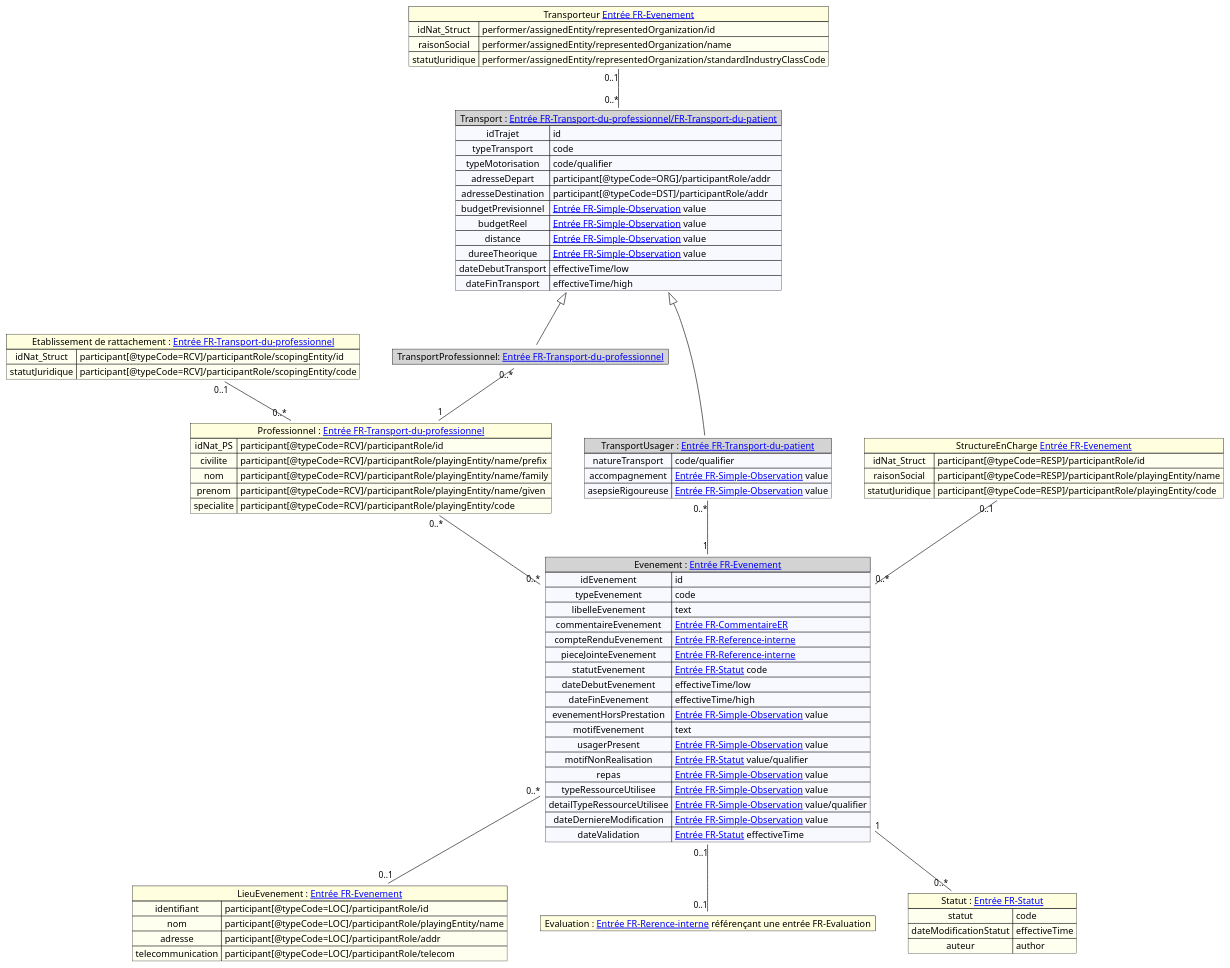
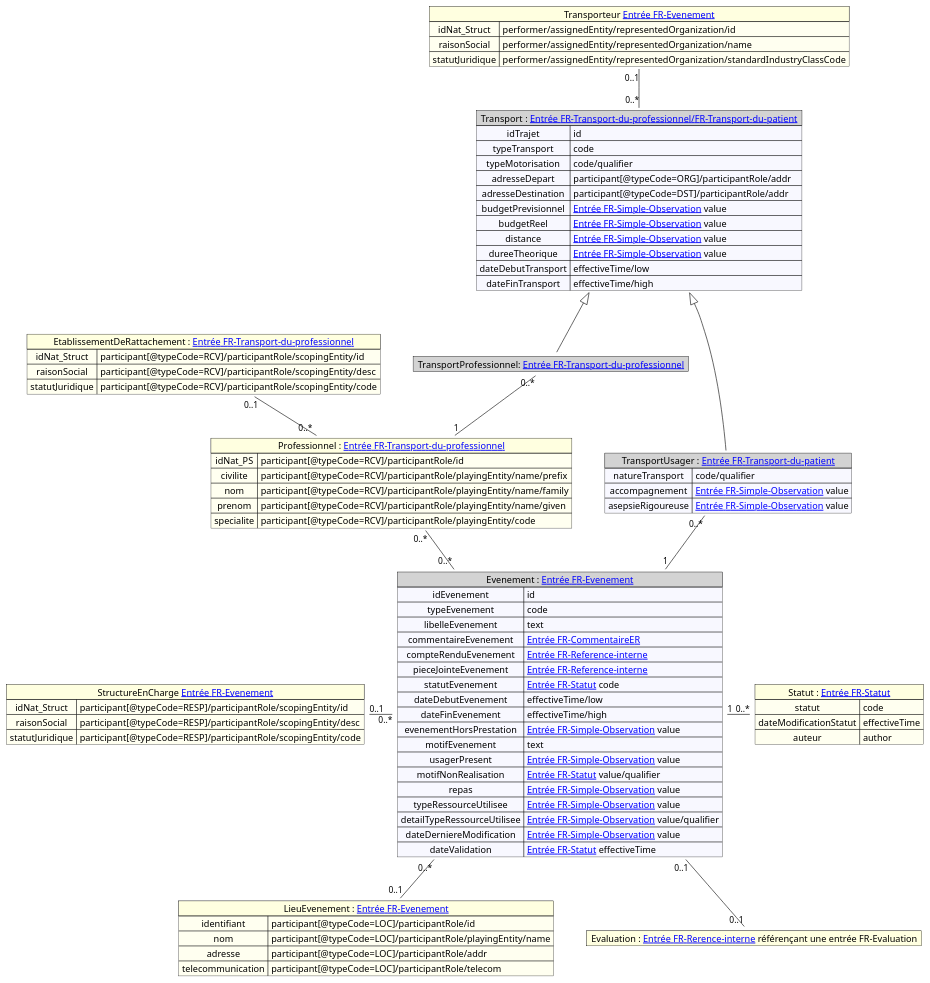
Before and after one commit to ansforge/IG-fhir-transfert-donnees-dui-esms: the diagram in input/images-source/mapping_evenement.plantuml, drawn with PlantUML. The commit also changed 3 other files, not shown here.

```diff
--- a/input/images-source/mapping_evenement.plantuml
+++ b/input/images-source/mapping_evenement.plantuml
@@ -1,106 +1,107 @@
 @startuml
 
 
 map "Evenement : [[contenu_dossier_corps_cda.html Entrée FR-Evenement]]" as Evenement #back:ghostWhite;header:LightGray {
     idEvenement => id
     typeEvenement => code
     libelleEvenement => text
     commentaireEvenement => [[contenu_dossier_corps_cda.html Entrée FR-CommentaireER]]
     compteRenduEvenement => [[contenu_dossier_corps_cda.html Entrée FR-Reference-interne]]
     pieceJointeEvenement => [[contenu_dossier_corps_cda.html Entrée FR-Reference-interne]]
     statutEvenement => [[contenu_dossier_corps_cda.html Entrée FR-Statut]] code
     dateDebutEvenement => effectiveTime/low
     dateFinEvenement => effectiveTime/high
     evenementHorsPrestation => [[contenu_dossier_corps_cda.html Entrée FR-Simple-Observation]] value
     motifEvenement => text
     usagerPresent => [[contenu_dossier_corps_cda.html Entrée FR-Simple-Observation]] value
     motifNonRealisation => [[contenu_dossier_corps_cda.html Entrée FR-Statut]] value/qualifier 
     repas => [[contenu_dossier_corps_cda.html Entrée FR-Simple-Observation]] value
     typeRessourceUtilisee => [[contenu_dossier_corps_cda.html Entrée FR-Simple-Observation]] value
     detailTypeRessourceUtilisee => [[contenu_dossier_corps_cda.html Entrée FR-Simple-Observation]] value/qualifier
     dateDerniereModification => [[contenu_dossier_corps_cda.html Entrée FR-Simple-Observation]] value
     dateValidation => [[contenu_dossier_corps_cda.html Entrée FR-Statut]] effectiveTime
 }
 map "Transport : [[contenu_dossier_corps_cda.html Entrée FR-Transport-du-professionnel/FR-Transport-du-patient]]" as Transport#back:ghostWhite;header:LightGray {
     idTrajet => id
     typeTransport => code
     typeMotorisation => code/qualifier
     adresseDepart => participant[@typeCode=ORG]/participantRole/addr
     adresseDestination => participant[@typeCode=DST]/participantRole/addr
     budgetPrevisionnel => [[contenu_dossier_corps_cda.html Entrée FR-Simple-Observation]] value
     budgetReel => [[contenu_dossier_corps_cda.html Entrée FR-Simple-Observation]] value
     distance => [[contenu_dossier_corps_cda.html Entrée FR-Simple-Observation]] value
     dureeTheorique => [[contenu_dossier_corps_cda.html Entrée FR-Simple-Observation]] value
     dateDebutTransport => effectiveTime/low
     dateFinTransport => effectiveTime/high
 
 }
 map "Professionnel : [[contenu_dossier_corps_cda.html Entrée FR-Transport-du-professionnel]]" as Professionnel #back:Ivory;header:LightYellow  {
     idNat_PS => participant[@typeCode=RCV]/participantRole/id
     civilite => participant[@typeCode=RCV]/participantRole/playingEntity/name/prefix
     nom => participant[@typeCode=RCV]/participantRole/playingEntity/name/family
     prenom => participant[@typeCode=RCV]/participantRole/playingEntity/name/given
     specialite => participant[@typeCode=RCV]/participantRole/playingEntity/code
 }
 
-map "Etablissement de rattachement : [[contenu_dossier_corps_cda.html Entrée FR-Transport-du-professionnel]]" as etablissementDeRattachement #back:Ivory;header:LightYellow {
+map "EtablissementDeRattachement : [[contenu_dossier_corps_cda.html Entrée FR-Transport-du-professionnel]]" as etablissementDeRattachement #back:Ivory;header:LightYellow {
     idNat_Struct => participant[@typeCode=RCV]/participantRole/scopingEntity/id
+    raisonSocial => participant[@typeCode=RCV]/participantRole/scopingEntity/desc
     statutJuridique => participant[@typeCode=RCV]/participantRole/scopingEntity/code
 }
 
 map "Transporteur [[contenu_dossier_corps_cda.html Entrée FR-Evenement]]" as transporteur #back:Ivory;header:LightYellow  {
     idNat_Struct => performer/assignedEntity/representedOrganization/id
     raisonSocial => performer/assignedEntity/representedOrganization/name
     statutJuridique =>  performer/assignedEntity/representedOrganization/standardIndustryClassCode
 }
 
 map "StructureEnCharge [[contenu_dossier_corps_cda.html Entrée FR-Evenement]]" as structureEnCharge #back:Ivory;header:LightYellow  {
-    idNat_Struct => participant[@typeCode=RESP]/participantRole/id
-    raisonSocial => participant[@typeCode=RESP]/participantRole/playingEntity/name
-    statutJuridique => participant[@typeCode=RESP]/participantRole/playingEntity/code
+    idNat_Struct => participant[@typeCode=RESP]/participantRole/scopingEntity/id
+    raisonSocial => participant[@typeCode=RESP]/participantRole/scopingEntity/desc
+    statutJuridique => participant[@typeCode=RESP]/participantRole/scopingEntity/code
 }
 
 
 map "TransportProfessionnel: [[contenu_dossier_corps_cda.html Entrée FR-Transport-du-professionnel]]" as TransportPro#back:ghostWhite;header:LightGray {
 }
 
 
 
 map "TransportUsager : [[contenu_dossier_corps_cda.html Entrée FR-Transport-du-patient]]" as TransportUsager#back:ghostWhite;header:LightGray {
     natureTransport => code/qualifier
     accompagnement => [[contenu_dossier_corps_cda.html Entrée FR-Simple-Observation]] value
     asepsieRigoureuse => [[contenu_dossier_corps_cda.html Entrée FR-Simple-Observation]] value
 }
 
 map "LieuEvenement : [[contenu_dossier_corps_cda.html Entrée FR-Evenement]]" as Lieu #back:Ivory;header:LightYellow  {
     identifiant => participant[@typeCode=LOC]/participantRole/id    
     nom => participant[@typeCode=LOC]/participantRole/playingEntity/name
     adresse => participant[@typeCode=LOC]/participantRole/addr
     telecommunication => participant[@typeCode=LOC]/participantRole/telecom 
 }
 
 map "Evaluation : [[contenu_dossier_corps_cda.html Entrée FR-Rerence-interne]] référençant une entrée FR-Evaluation" as Evaluation #back:Ivory;header:LightYellow {
 }
 
 map "Statut : [[contenu_dossier_corps_cda.html Entrée FR-Statut]]" as Statut #back:Ivory;header:LightYellow{
     statut => code
     dateModificationStatut => effectiveTime
     auteur => author
 }
 
 
 Evenement "0..*" -- "0..1" Lieu  
 Professionnel "0..*" -- "0..*" Evenement
-structureEnCharge "0..1" -- "0..*" Evenement
+structureEnCharge "0..1" -right- "0..*" Evenement
 Transport <|-- TransportPro
 Transport <|-- TransportUsager
 TransportUsager "0..*" -- "1" Evenement
 TransportPro "0..*" -- "1" Professionnel
 Evenement "0..1" -- "0..1" Evaluation
-Evenement "1" -- "0..*" Statut
+Evenement "1" -right- "0..*" Statut
 transporteur "0..1" -- "0..*" Transport
 etablissementDeRattachement "0..1" -- "0..*" Professionnel
 
 
 
 @enduml
```
